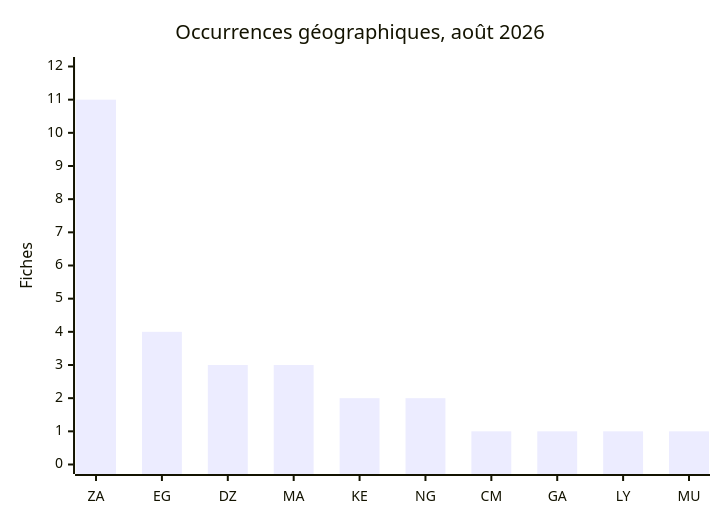
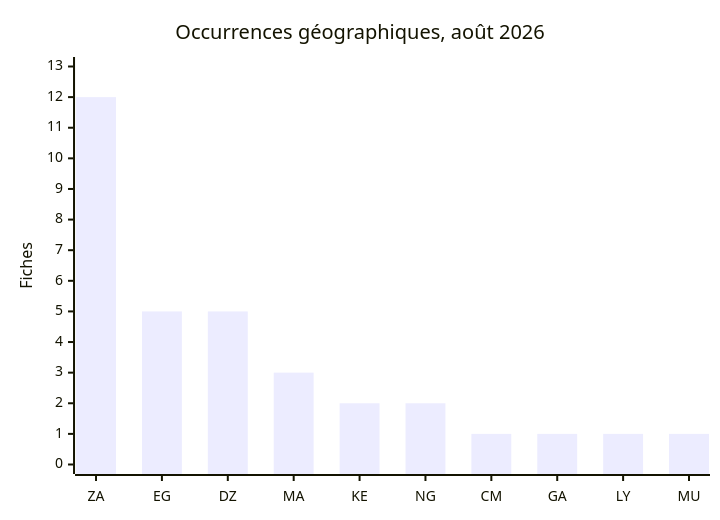
One commit to Hatchepsoute/AFRINTEL changed the diagram in visual-intelligence/08-august/country-hotspots_august_2026_fr.md. Above: the diagram before and after it, drawn with Mermaid. The commit also changed other lines of this file and 401 other files, not shown here.

````diff
--- a/visual-intelligence/08-august/country-hotspots_august_2026_fr.md
+++ b/visual-intelligence/08-august/country-hotspots_august_2026_fr.md
@@ -16,7 +16,7 @@
 ```mermaid
 xychart-beta
     title "Occurrences géographiques, août 2026"
     x-axis [ZA, EG, DZ, MA, KE, NG, CM, GA, LY, MU]
-    y-axis "Fiches" 0 --> 12
-    bar [11, 4, 3, 3, 2, 2, 1, 1, 1, 1]
+    y-axis "Fiches" 0 --> 13
+    bar [12, 5, 5, 3, 2, 2, 1, 1, 1, 1]
 ```
````
